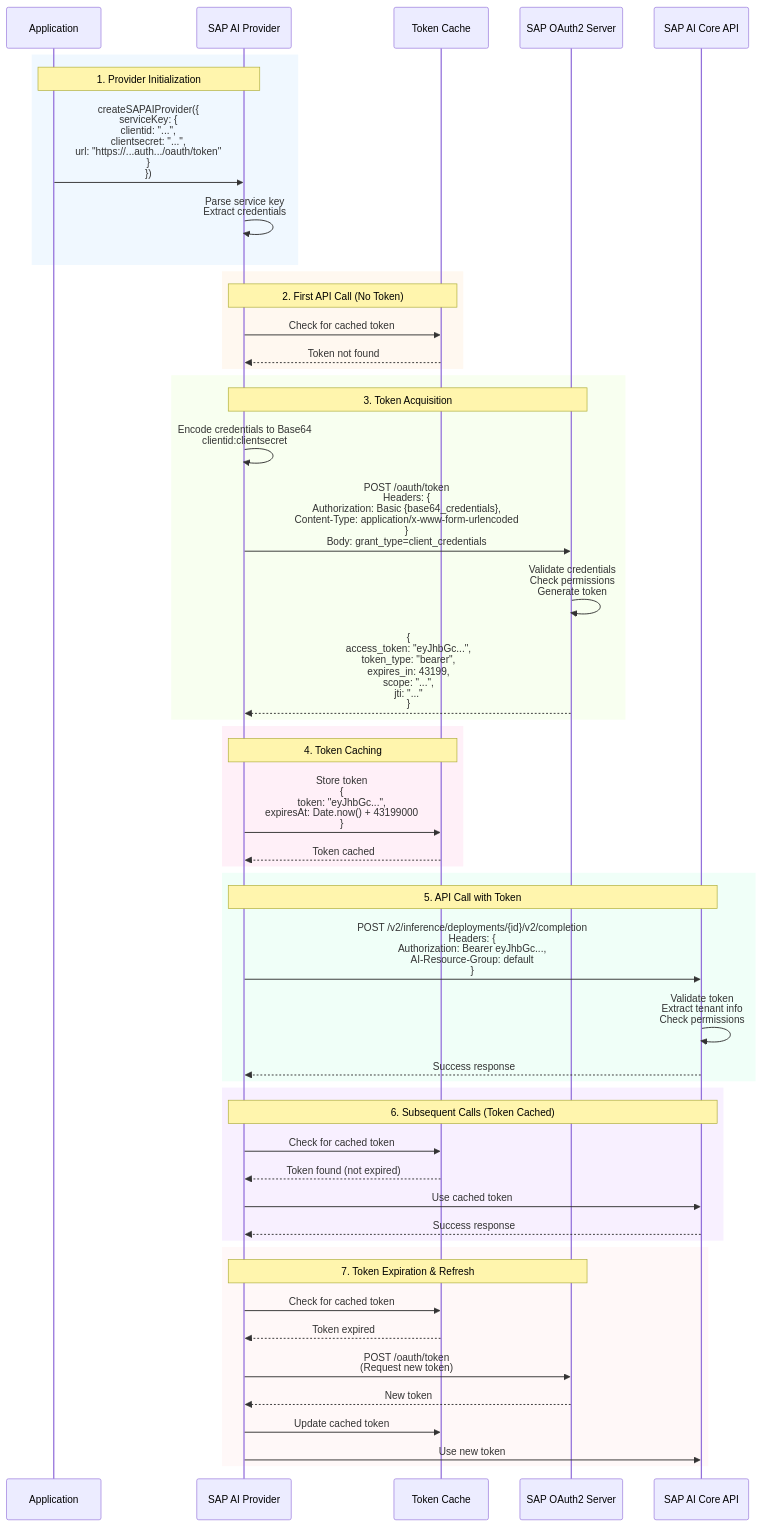
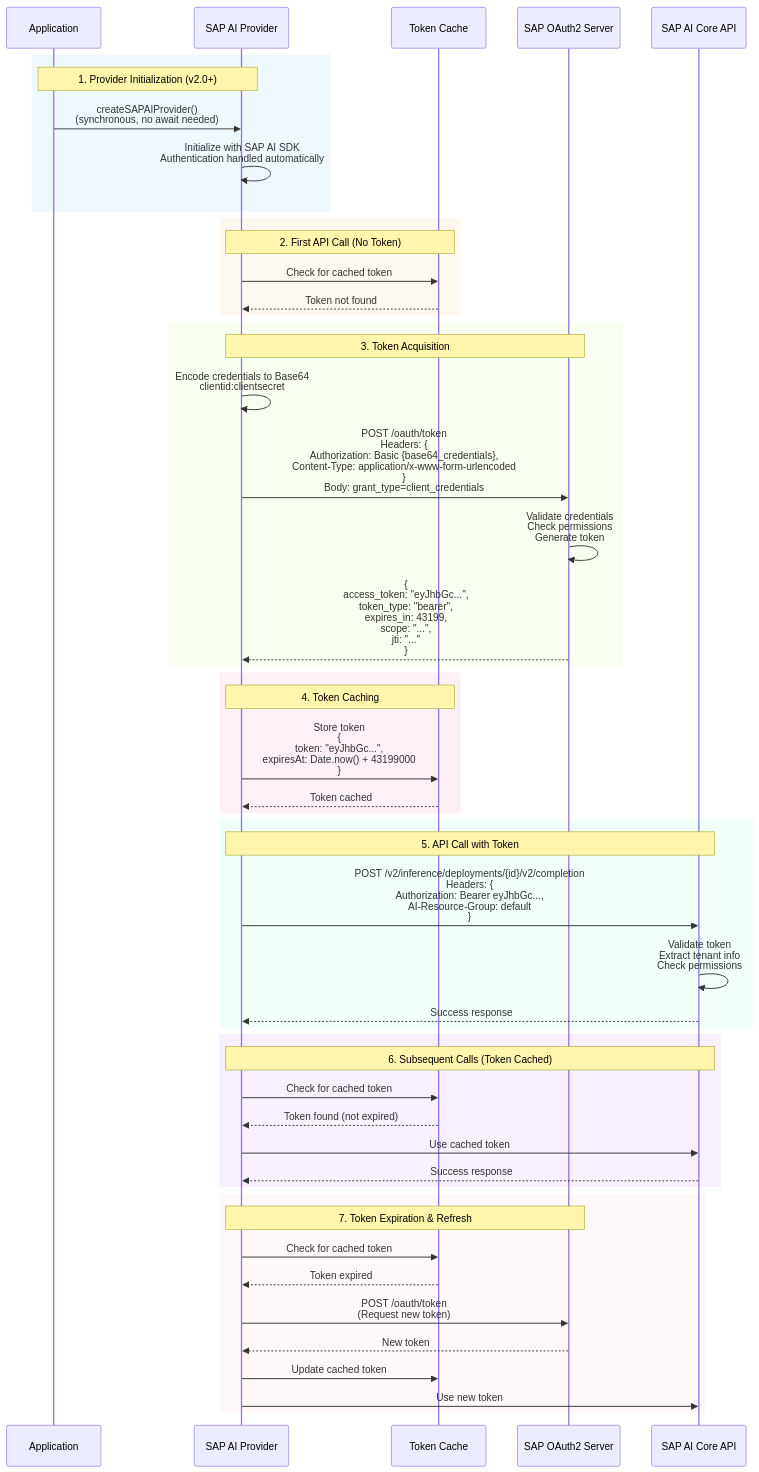
Before and after one commit to BITASIA/sap-ai-provider: the eighth of 8 diagrams in ARCHITECTURE.md, drawn with Mermaid. The commit also changed other lines of this file and 7 other files, not shown here.

````diff
--- a/ARCHITECTURE.md
+++ b/ARCHITECTURE.md
@@ -719,61 +732,61 @@
 ```mermaid
 sequenceDiagram
     participant App as Application
     participant Provider as SAP AI Provider
     participant Cache as Token Cache
     participant OAuth as SAP OAuth2 Server
     participant SAPAI as SAP AI Core API
 
     rect rgb(240, 248, 255)
-        Note over App,Provider: 1. Provider Initialization
-        App->>Provider: createSAPAIProvider({<br/>  serviceKey: {<br/>    clientid: "...",<br/>    clientsecret: "...",<br/>    url: "https://...auth.../oauth/token"<br/>  }<br/>})
-        Provider->>Provider: Parse service key<br/>Extract credentials
+        Note over App,Provider: 1. Provider Initialization (v2.0+)
+        App->>Provider: createSAPAIProvider()<br/>(synchronous, no await needed)
+        Provider->>Provider: Initialize with SAP AI SDK<br/>Authentication handled automatically
     end
 
     rect rgb(255, 248, 240)
         Note over Provider,Cache: 2. First API Call (No Token)
         Provider->>Cache: Check for cached token
         Cache-->>Provider: Token not found
     end
 
     rect rgb(248, 255, 240)
         Note over Provider,OAuth: 3. Token Acquisition
         Provider->>Provider: Encode credentials to Base64<br/>clientid:clientsecret
         Provider->>OAuth: POST /oauth/token<br/>Headers: {<br/>  Authorization: Basic {base64_credentials},<br/>  Content-Type: application/x-www-form-urlencoded<br/>}<br/>Body: grant_type=client_credentials
-        
+
         OAuth->>OAuth: Validate credentials<br/>Check permissions<br/>Generate token
-        
+
         OAuth-->>Provider: {<br/>  access_token: "eyJhbGc...",<br/>  token_type: "bearer",<br/>  expires_in: 43199,<br/>  scope: "...",<br/>  jti: "..."<br/>}
     end
 
     rect rgb(255, 240, 248)
         Note over Provider,Cache: 4. Token Caching
         Provider->>Cache: Store token<br/>{<br/>  token: "eyJhbGc...",<br/>  expiresAt: Date.now() + 43199000<br/>}
         Cache-->>Provider: Token cached
     end
 
     rect rgb(240, 255, 248)
         Note over Provider,SAPAI: 5. API Call with Token
         Provider->>SAPAI: POST /v2/inference/deployments/{id}/v2/completion<br/>Headers: {<br/>  Authorization: Bearer eyJhbGc...,<br/>  AI-Resource-Group: default<br/>}
         SAPAI->>SAPAI: Validate token<br/>Extract tenant info<br/>Check permissions
         SAPAI-->>Provider: Success response
     end
 
     rect rgb(248, 240, 255)
         Note over Provider,SAPAI: 6. Subsequent Calls (Token Cached)
         Provider->>Cache: Check for cached token
         Cache-->>Provider: Token found (not expired)
         Provider->>SAPAI: Use cached token
         SAPAI-->>Provider: Success response
     end
 
     rect rgb(255, 248, 248)
         Note over Provider,OAuth: 7. Token Expiration & Refresh
         Provider->>Cache: Check for cached token
         Cache-->>Provider: Token expired
         Provider->>OAuth: POST /oauth/token<br/>(Request new token)
         OAuth-->>Provider: New token
         Provider->>Cache: Update cached token
         Provider->>SAPAI: Use new token
     end
 ```
````
